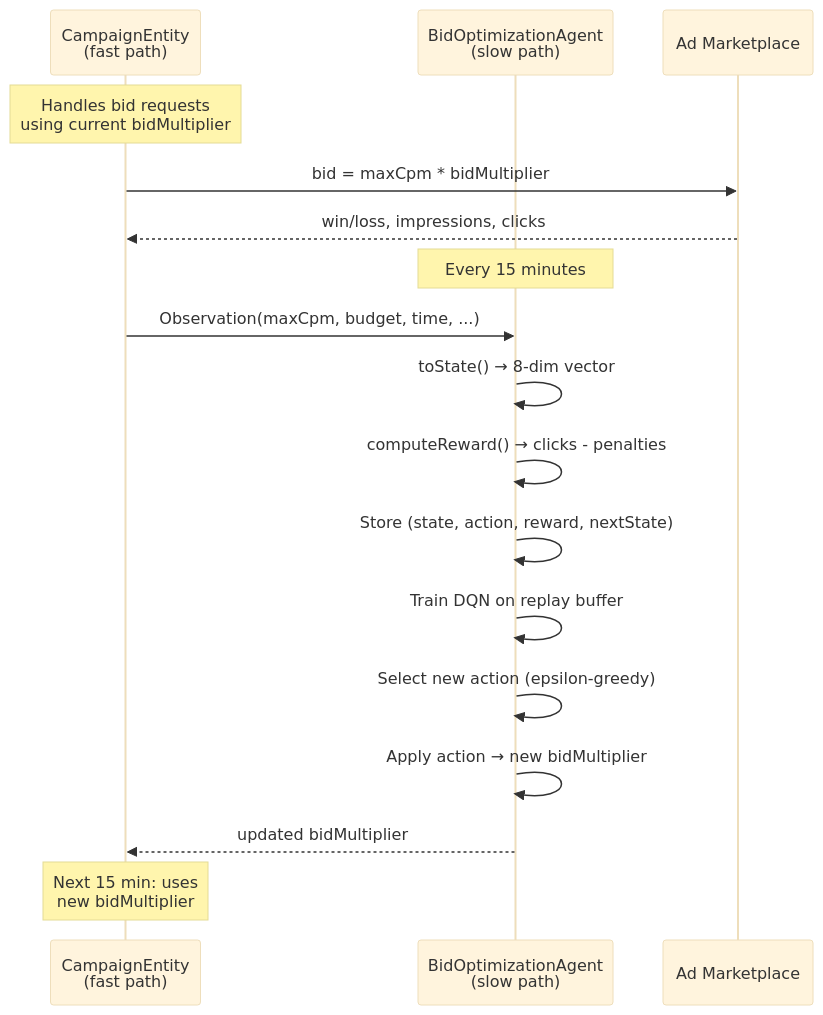
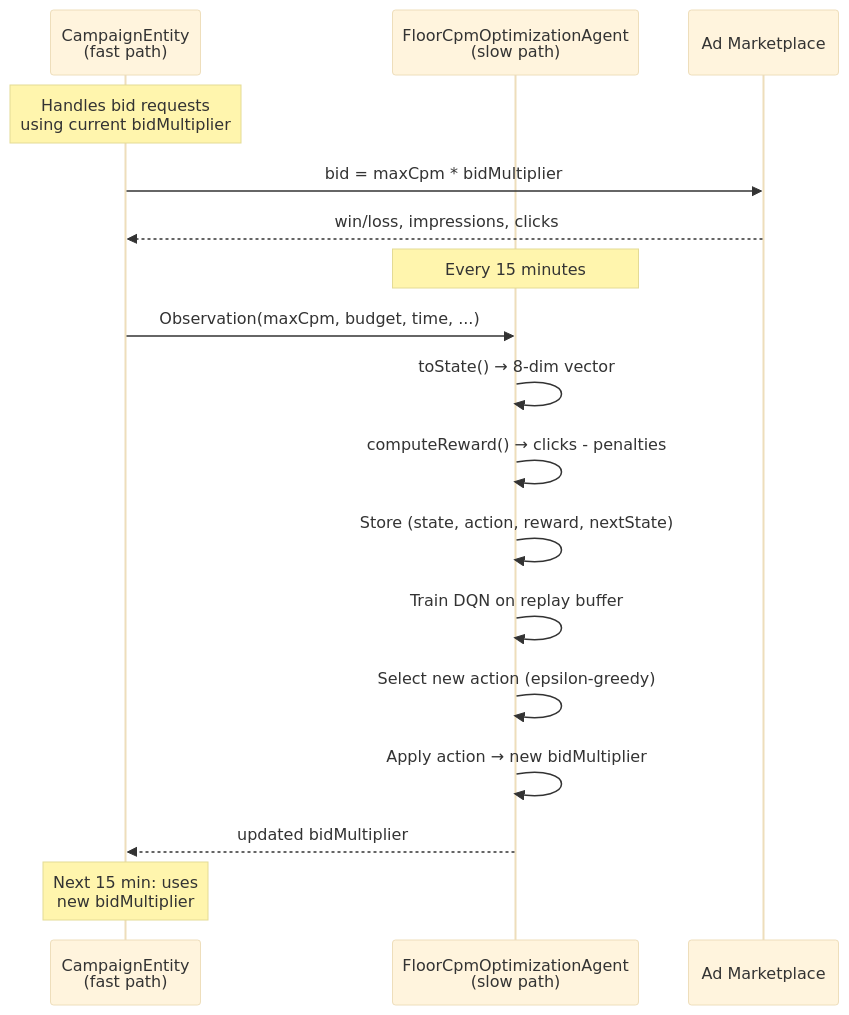
Before and after one commit to promovolve/promovolve-book: the third of 3 diagrams in src-ja/rl-tutorial/02-fundamentals.md, drawn with Mermaid (base theme). The commit also changed other lines of this file and 14 other files, not shown here.

First line of the commit message:
Rewrite RL tutorial for floor CPM optimization (EN + JA)

````diff
--- a/src-ja/rl-tutorial/02-fundamentals.md
+++ b/src-ja/rl-tutorial/02-fundamentals.md
@@ -279,21 +279,21 @@
 ```mermaid
 sequenceDiagram
     participant CE as CampaignEntity<br/>(fast path)
-    participant BOA as BidOptimizationAgent<br/>(slow path)
+    participant BOA as FloorCpmOptimizationAgent<br/>(slow path)
     participant Env as Ad Marketplace
 
     Note over CE: Handles bid requests<br/>using current bidMultiplier
     CE->>Env: bid = maxCpm * bidMultiplier
     Env-->>CE: win/loss, impressions, clicks
 
     Note over BOA: Every 15 minutes
     CE->>BOA: Observation(maxCpm, budget, time, ...)
     BOA->>BOA: toState() → 8-dim vector
     BOA->>BOA: computeReward() → clicks - penalties
     BOA->>BOA: Store (state, action, reward, nextState)
     BOA->>BOA: Train DQN on replay buffer
     BOA->>BOA: Select new action (epsilon-greedy)
     BOA->>BOA: Apply action → new bidMultiplier
     BOA-->>CE: updated bidMultiplier
     Note over CE: Next 15 min: uses<br/>new bidMultiplier
 ```
````
